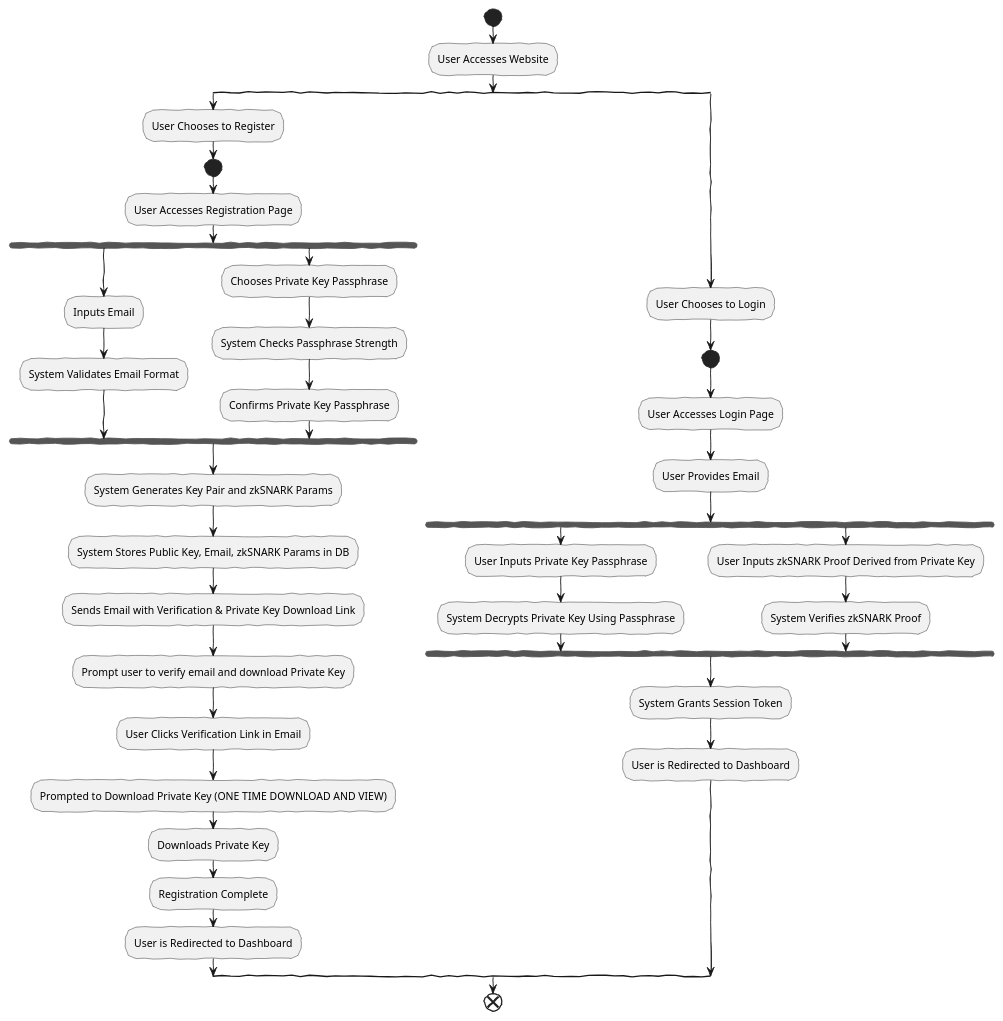
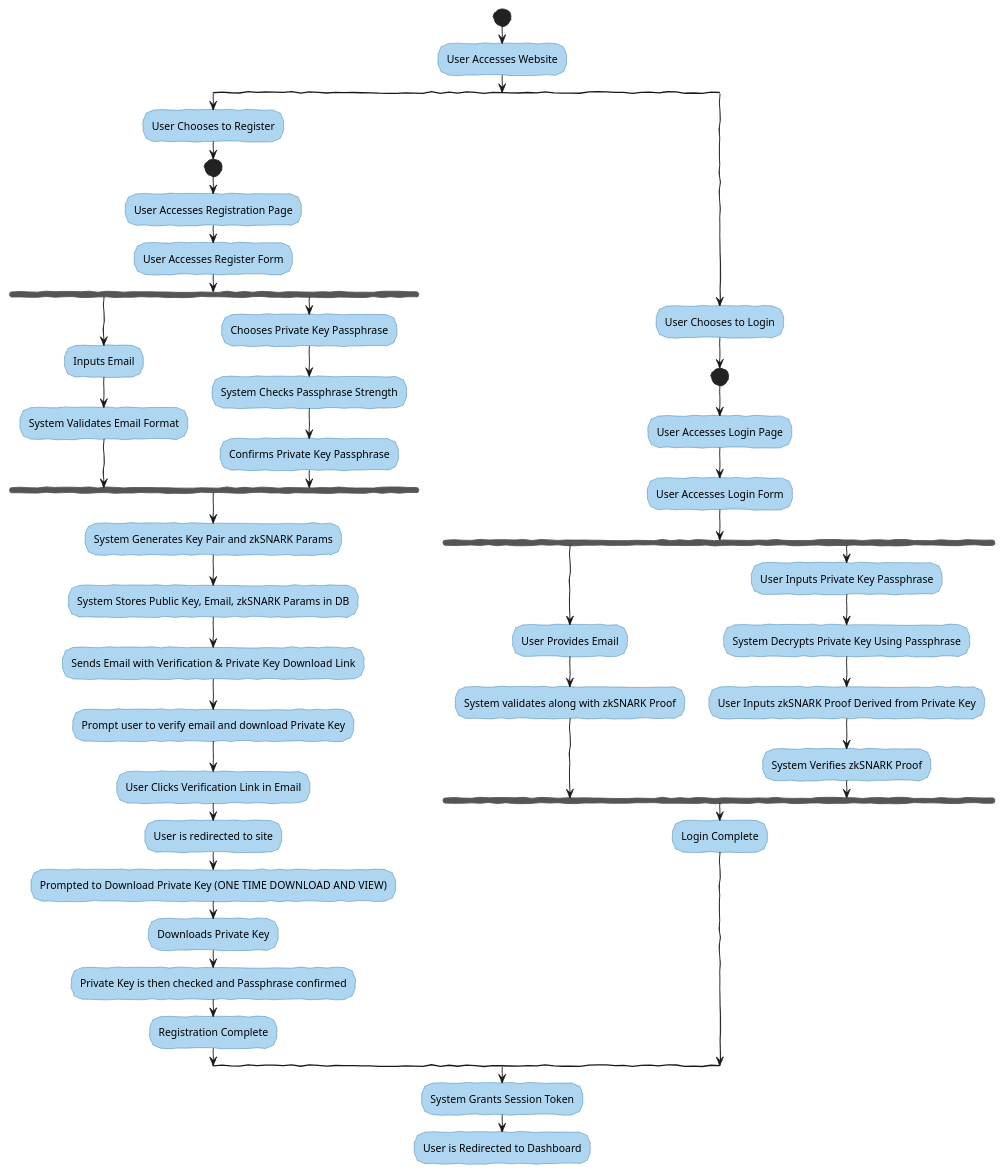
One commit to JonTDean/project_asclepius changed the diagram in docs/UML/Auth/AuthFlow.md. Above: the diagram before and after it, drawn with PlantUML. The commit also changed 5 other files, not shown here.

Commit message:
Fixed up auth login flow

```diff
--- a/docs/UML/Auth/AuthFlow.md
+++ b/docs/UML/Auth/AuthFlow.md
@@ -1,60 +1,76 @@
 @startuml
 
 ' Styles for WBS
 skinparam handwritten true
 skinparam wbsDiagram {
   BackgroundColor #FCF3CF
   ArrowColor #F39C12
 }
 
 ' User Flow for Authentication System
 ' Level 1: Starting Point
 start
 
 :User Accesses Website;
 
+' Color settings for the "Registration" split
+skinparam Activity {
+  BackgroundColor #E6B0AA
+  BorderColor #943126
+}
+
 ' Level 2: Initial Actions
 split
     :User Chooses to Register;
     ' Level 3: Registration Flow
     start
     :User Accesses Registration Page;
+    :User Accesses Register Form;
     fork
         :Inputs Email;
         :System Validates Email Format;
     fork again
         :Chooses Private Key Passphrase;
         :System Checks Passphrase Strength;
         :Confirms Private Key Passphrase;
     end fork
 
     :System Generates Key Pair and zkSNARK Params;
     :System Stores Public Key, Email, zkSNARK Params in DB;
     :Sends Email with Verification & Private Key Download Link;
     :Prompt user to verify email and download Private Key;
     :User Clicks Verification Link in Email;
+    :User is redirected to site;
     :Prompted to Download Private Key (ONE TIME DOWNLOAD AND VIEW);
     :Downloads Private Key;
+    :Private Key is then checked and Passphrase confirmed;
     :Registration Complete;
-    :User is Redirected to Dashboard;
 
+' Color settings for the "Login" split
+skinparam Activity {
+  BackgroundColor #AED6F1
+  BorderColor #2874A6
+}
 
 split again
     :User Chooses to Login;
     ' Level 3: Login Flow
     start
     :User Accesses Login Page;
-    :User Provides Email;
+    :User Accesses Login Form;
     fork
+        :User Provides Email;
+        :System validates along with zkSNARK Proof;
+    fork again
         :User Inputs Private Key Passphrase;
         :System Decrypts Private Key Using Passphrase;
-    fork again
         :User Inputs zkSNARK Proof Derived from Private Key;
         :System Verifies zkSNARK Proof;
     end fork
-    :System Grants Session Token;
-    :User is Redirected to Dashboard;
+    :Login Complete;
 end split
 
-end
+:System Grants Session Token;
+:User is Redirected to Dashboard;
+
 @enduml
```
